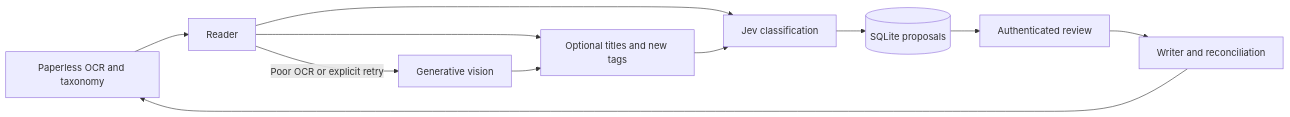
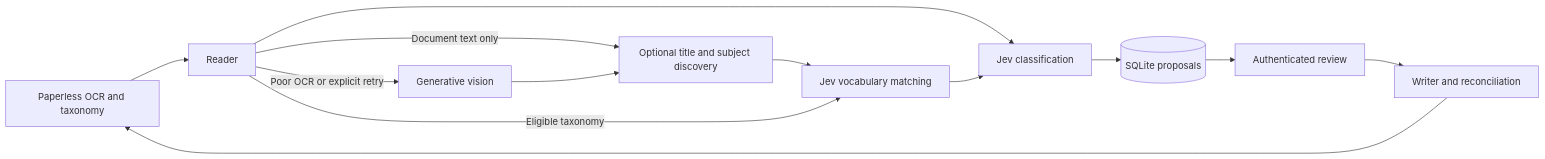
One commit to daltschu22/paperless-classifier changed the diagram in docs/architecture.md. Above: the diagram before and after it, drawn with Mermaid. The commit also changed other lines of this file and 17 other files, not shown here.

Commit message:
Fix review recovery and add open-ended subject discovery

````diff
--- a/docs/architecture.md
+++ b/docs/architecture.md
@@ -3,13 +3,15 @@
 ```mermaid
 flowchart LR
     P[Paperless OCR and taxonomy] --> R[Reader]
     R -->|Poor OCR or explicit retry| V[Generative vision]
-    R --> G[Optional titles and new tags]
+    R -->|Document text only| G[Optional title and subject discovery]
     V --> G
     R --> J[Jev classification]
-    G --> J
+    G --> M[Jev vocabulary matching]
+    R -->|Eligible taxonomy| M
+    M --> J
     J --> S[(SQLite proposals)]
     S --> U[Authenticated review]
     U --> W[Writer and reconciliation]
     W --> P
 ```
````
